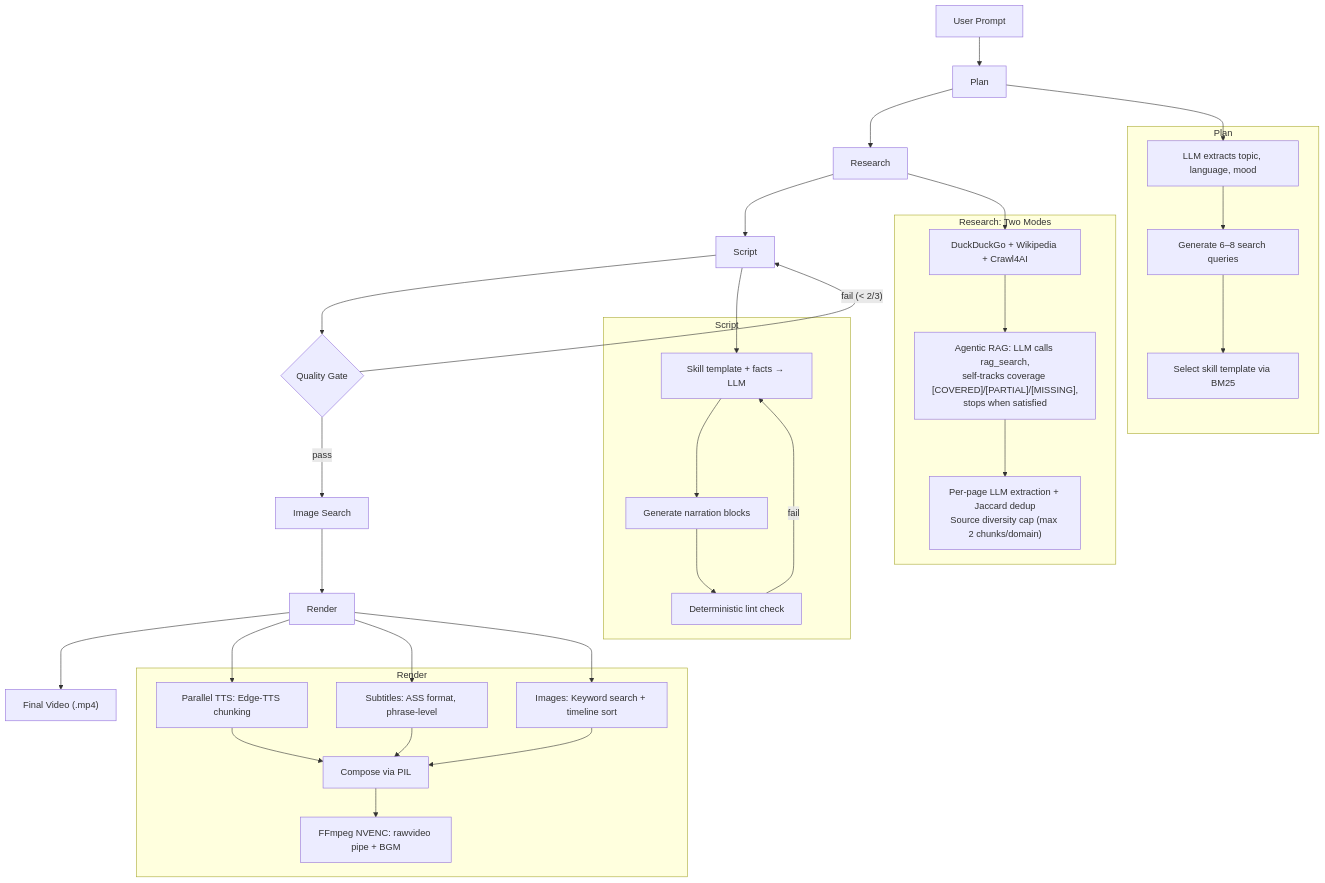
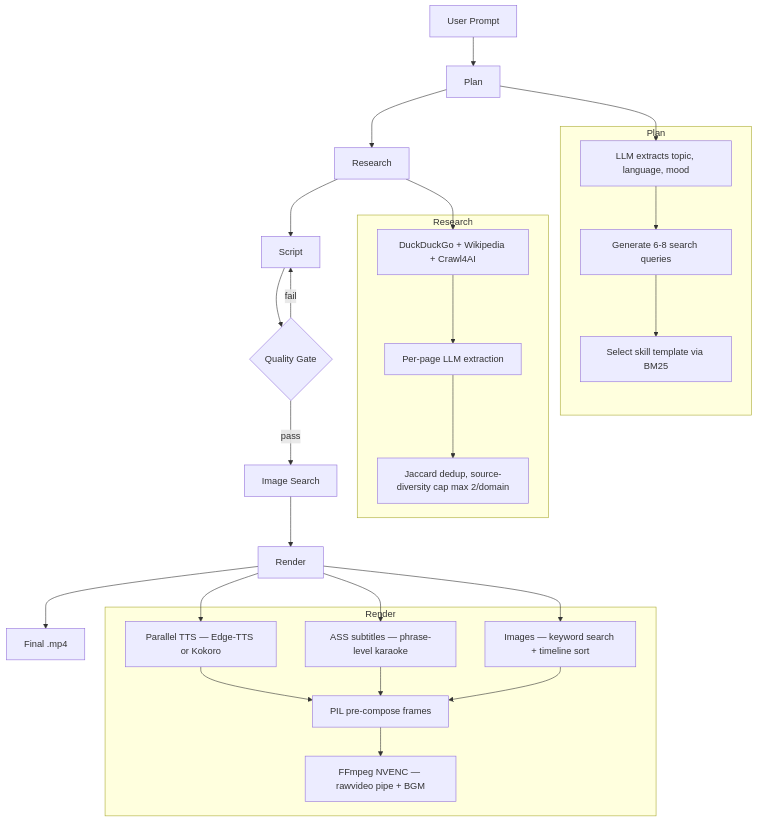
One commit to Matcry12/Video-Maker changed the first of 2 diagrams in README.md. Above: the diagram before and after it, drawn with Mermaid. The commit also changed other lines of this file and 4 other files, not shown here.

````diff
--- a/README.md
+++ b/README.md
@@ -24,40 +46,33 @@
 ```mermaid
 flowchart TD
-    A["User Prompt"] --> B["Plan"]
-    B --> C["Research"]
-    C --> D["Script"]
-    D --> E{"Quality Gate"}
-    E -- "fail (< 2/3)" --> D
-    E -- "pass" --> F["Image Search"]
-    F --> G["Render"]
-    G --> H["Final Video (.mp4)"]
+    A[User Prompt] --> B[Plan]
+    B --> C[Research]
+    C --> D[Script]
+    D --> E{Quality Gate}
+    E -- "fail" --> D
+    E -- "pass" --> F[Image Search]
+    F --> G[Render]
+    G --> H[Final .mp4]
 
     subgraph Plan
-        B1["LLM extracts topic, language, mood"] --> B2["Generate 6–8 search queries"]
-        B2 --> B3["Select skill template via BM25"]
+        B1[LLM extracts topic, language, mood] --> B2[Generate 6-8 search queries]
+        B2 --> B3[Select skill template via BM25]
     end
     B --> B1
 
-    subgraph Research ["Research: Two Modes"]
-        C1["DuckDuckGo + Wikipedia + Crawl4AI"] --> C2["Agentic RAG: LLM calls rag_search,\nself-tracks coverage [COVERED]/[PARTIAL]/[MISSING],\nstops when satisfied"]
-        C2 --> C3["Per-page LLM extraction + Jaccard dedup\nSource diversity cap (max 2 chunks/domain)"]
+    subgraph Research
+        C1[DuckDuckGo + Wikipedia + Crawl4AI] --> C2[Per-page LLM extraction]
+        C2 --> C3[Jaccard dedup, source-diversity cap max 2/domain]
     end
     C --> C1
 
-    subgraph Script
-        D1["Skill template + facts → LLM"] --> D2["Generate narration blocks"]
-        D2 --> D3["Deterministic lint check"]
-        D3 -- "fail" --> D1
-    end
-    D --> D1
-
     subgraph Render
-        G1["Parallel TTS: Edge-TTS chunking"] --> G4["Compose via PIL"]
-        G2["Subtitles: ASS format, phrase-level"] --> G4
-        G3["Images: Keyword search + timeline sort"] --> G4
-        G4 --> G5["FFmpeg NVENC: rawvideo pipe + BGM"]
+        G1[Parallel TTS — Edge-TTS or Kokoro] --> G4[PIL pre-compose frames]
+        G2[ASS subtitles — phrase-level karaoke] --> G4
+        G3[Images — keyword search + timeline sort] --> G4
+        G4 --> G5[FFmpeg NVENC — rawvideo pipe + BGM]
     end
     G --> G1
     G --> G2
     G --> G3
 ```
````
